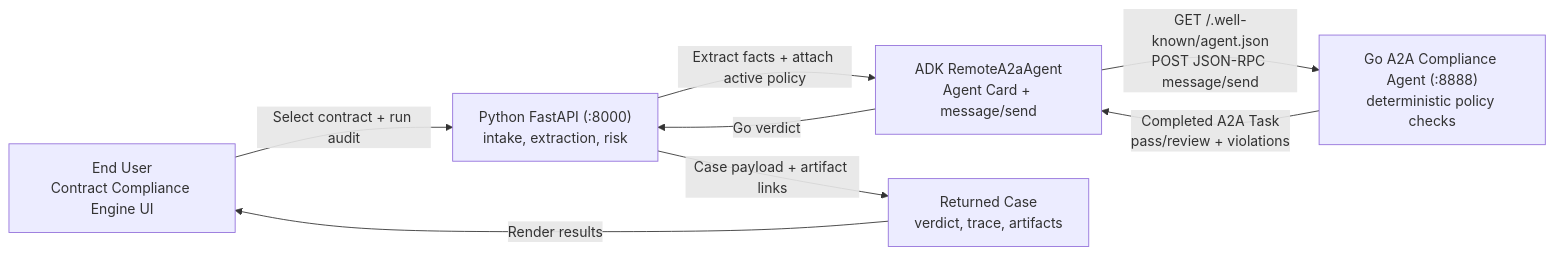
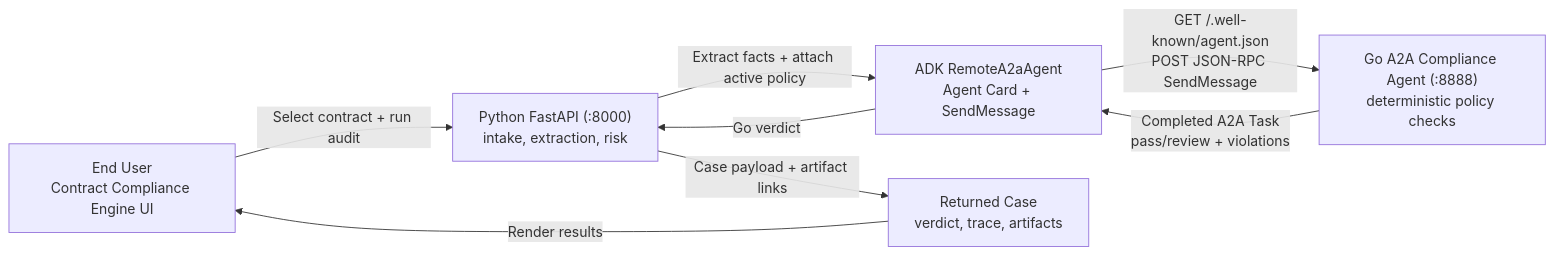
One commit to GoogleCloudPlatform/generative-ai changed the second of 2 diagrams in agents/adk/contract-compliance-pipeline/README.md. Above: the diagram before and after it, drawn with Mermaid. The commit also changed other lines of this file and 8 other files, not shown here.

````diff
--- a/agents/adk/contract-compliance-pipeline/README.md
+++ b/agents/adk/contract-compliance-pipeline/README.md
@@ -130,16 +130,16 @@
 ```mermaid
 flowchart LR
     USER["End User<br/>Contract Compliance Engine UI"]
     PY["Python FastAPI (:8000)<br/>intake, extraction, risk"]
-    ADK["ADK RemoteA2aAgent<br/>Agent Card + message/send"]
+    ADK["ADK RemoteA2aAgent<br/>Agent Card + SendMessage"]
     GO["Go A2A Compliance Agent (:8888)<br/>deterministic policy checks"]
     OUT["Returned Case<br/>verdict, trace, artifacts"]
 
     USER -->|"Select contract + run audit"| PY
     PY -->|"Extract facts + attach active policy"| ADK
-    ADK -->|"GET /.well-known/agent.json<br/>POST JSON-RPC message/send"| GO
+    ADK -->|"GET /.well-known/agent.json<br/>POST JSON-RPC SendMessage"| GO
     GO -->|"Completed A2A Task<br/>pass/review + violations"| ADK
     ADK -->|"Go verdict"| PY
     PY -->|"Case payload + artifact links"| OUT
     OUT -->|"Render results"| USER
 ```
````
